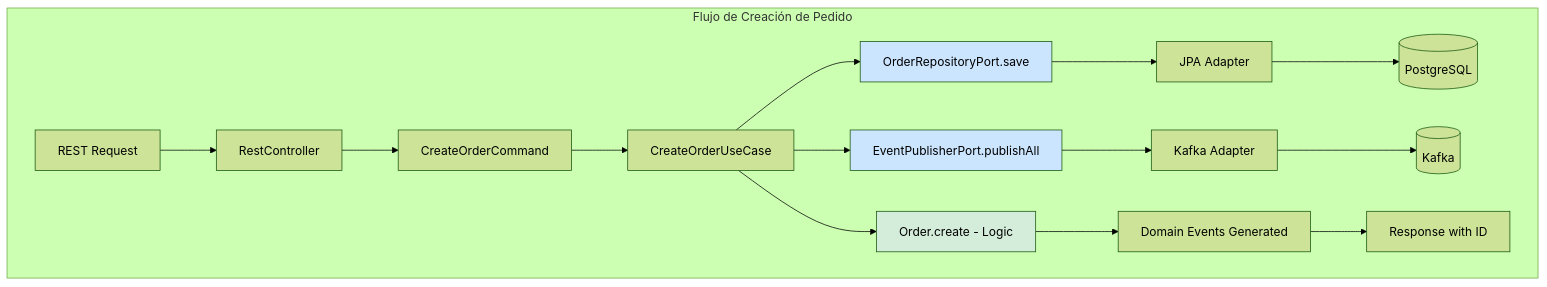
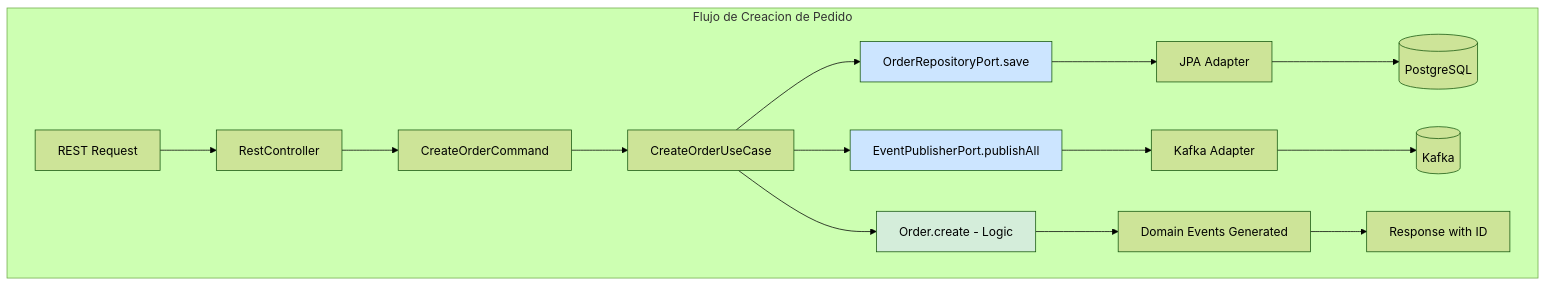
One commit to Joaquinriosheredia/DAM-Java-Mastery changed the third of 4 diagrams in 02_Arquitectura/ddd_y_arquitectura_hexagonal_con_java_21_STAFF.md. Above: the diagram before and after it, drawn with Mermaid (forest theme). The commit also changed other lines of this file, not shown here.

````diff
--- a/02_Arquitectura/ddd_y_arquitectura_hexagonal_con_java_21_STAFF.md
+++ b/02_Arquitectura/ddd_y_arquitectura_hexagonal_con_java_21_STAFF.md
@@ -454,25 +477,25 @@
 ```mermaid
 graph TD
-    subgraph "Flujo de Creación de Pedido"
+    subgraph "Flujo de Creacion de Pedido"
         REQ[REST Request] --> CTRL[RestController]
         CTRL --> CMD[CreateOrderCommand]
         CMD --> USECASE[CreateOrderUseCase]
         
         USECASE --> DOMAIN[Order.create - Logic]
         DOMAIN --> EVENTS[Domain Events Generated]
         
         USECASE --> PORT_SAVE[OrderRepositoryPort.save]
         PORT_SAVE --> ADAPTER_JPA[JPA Adapter]
         ADAPTER_JPA --> DB[(PostgreSQL)]
         
         USECASE --> PORT_PUB[EventPublisherPort.publishAll]
         PORT_PUB --> ADAPTER_KAFKA[Kafka Adapter]
         ADAPTER_KAFKA --> BROKER[(Kafka)]
         
         EVENTS --> RESP[Response with ID]
     end
     
     style DOMAIN fill:#d4edda
     style PORT_SAVE fill:#cce5ff
     style PORT_PUB fill:#cce5ff
 ```
````
